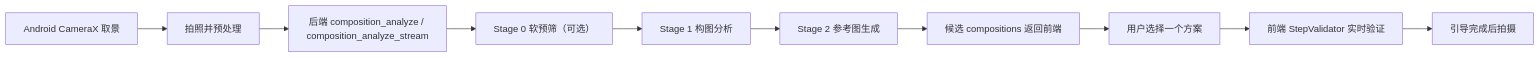
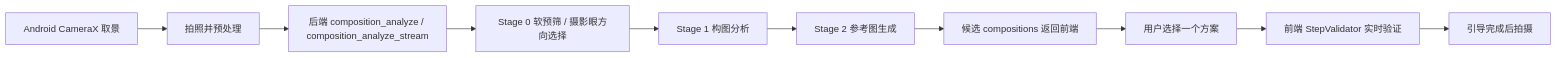
The diagram in README.md (MottoYoung/Composition_Assistant_V1), drawn with Mermaid before and after one commit. The commit also changed other lines of this file and 12 other files, not shown here.

````diff
--- a/README.md
+++ b/README.md
@@ -33,12 +33,12 @@
 ```mermaid
 flowchart LR
     A["Android CameraX 取景"] --> B["拍照并预处理"]
     B --> C["后端 composition_analyze / composition_analyze_stream"]
-    C --> D["Stage 0 软预筛（可选）"]
+    C --> D["Stage 0 软预筛 / 摄影眼方向选择"]
     D --> E["Stage 1 构图分析"]
     E --> F["Stage 2 参考图生成"]
     F --> G["候选 compositions 返回前端"]
     G --> H["用户选择一个方案"]
     H --> I["前端 StepValidator 实时验证"]
     I --> J["引导完成后拍摄"]
 ```
````
